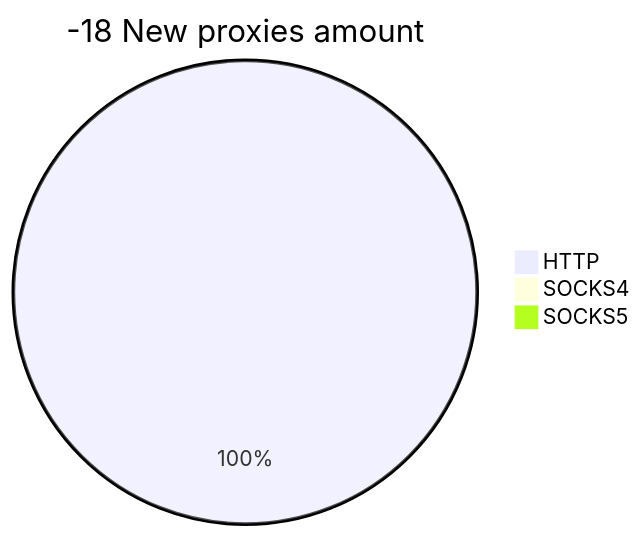
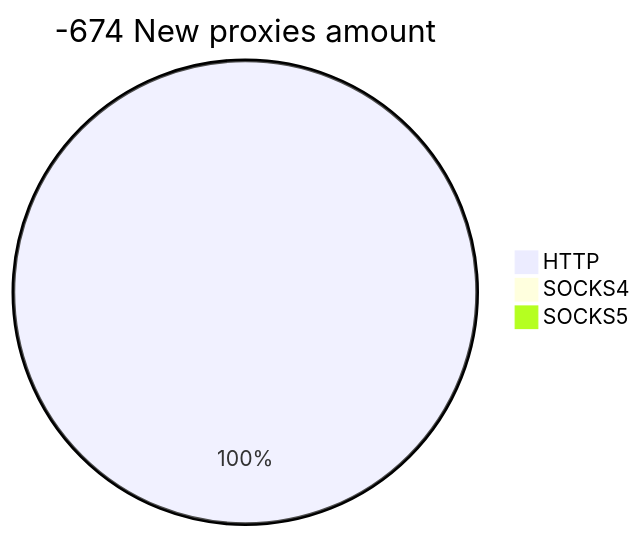
The second of 2 diagrams in README.md (cutipu/proxylist), drawn with Mermaid before and after one commit. The commit also changed other lines of this file, not shown here.

````diff
--- a/README.md
+++ b/README.md
@@ -10,6 +10,6 @@
 ```mermaid
-pie title -18 New proxies amount
-    "HTTP" : 50
+pie title -674 New proxies amount
+    "HTTP" : 115
     "SOCKS4" : 0
     "SOCKS5" : 0
 ```
````
